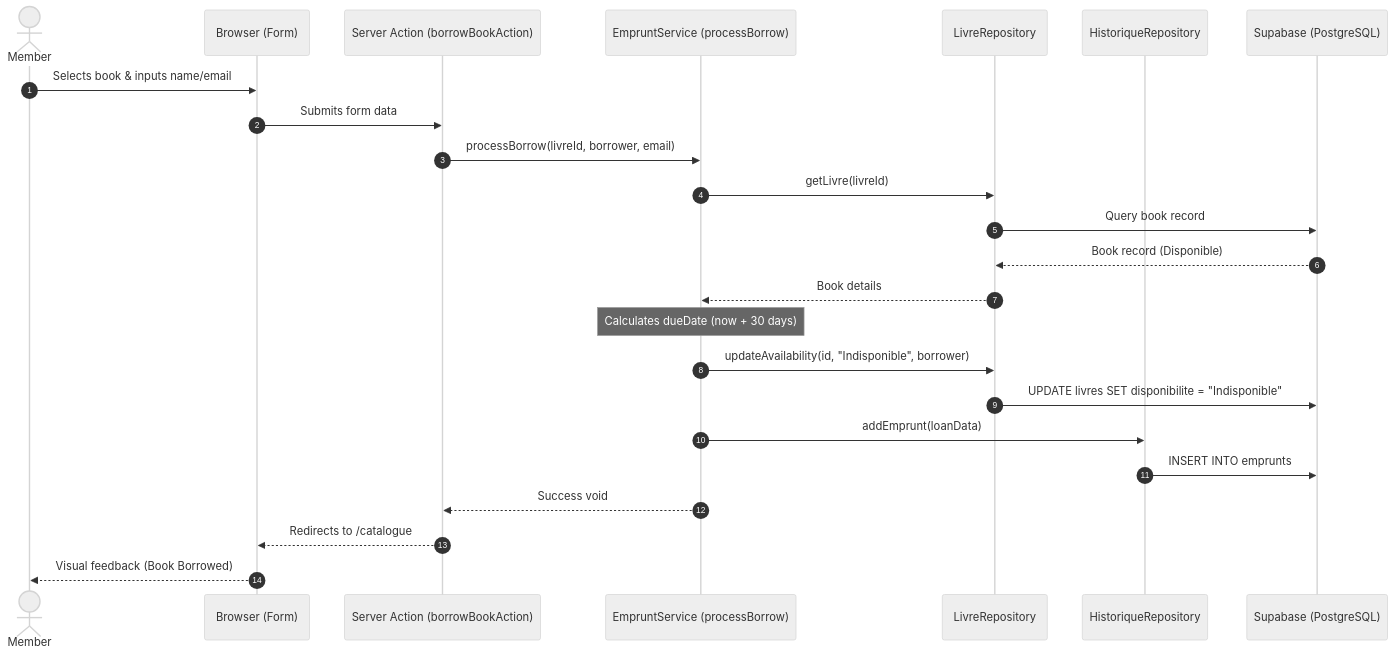
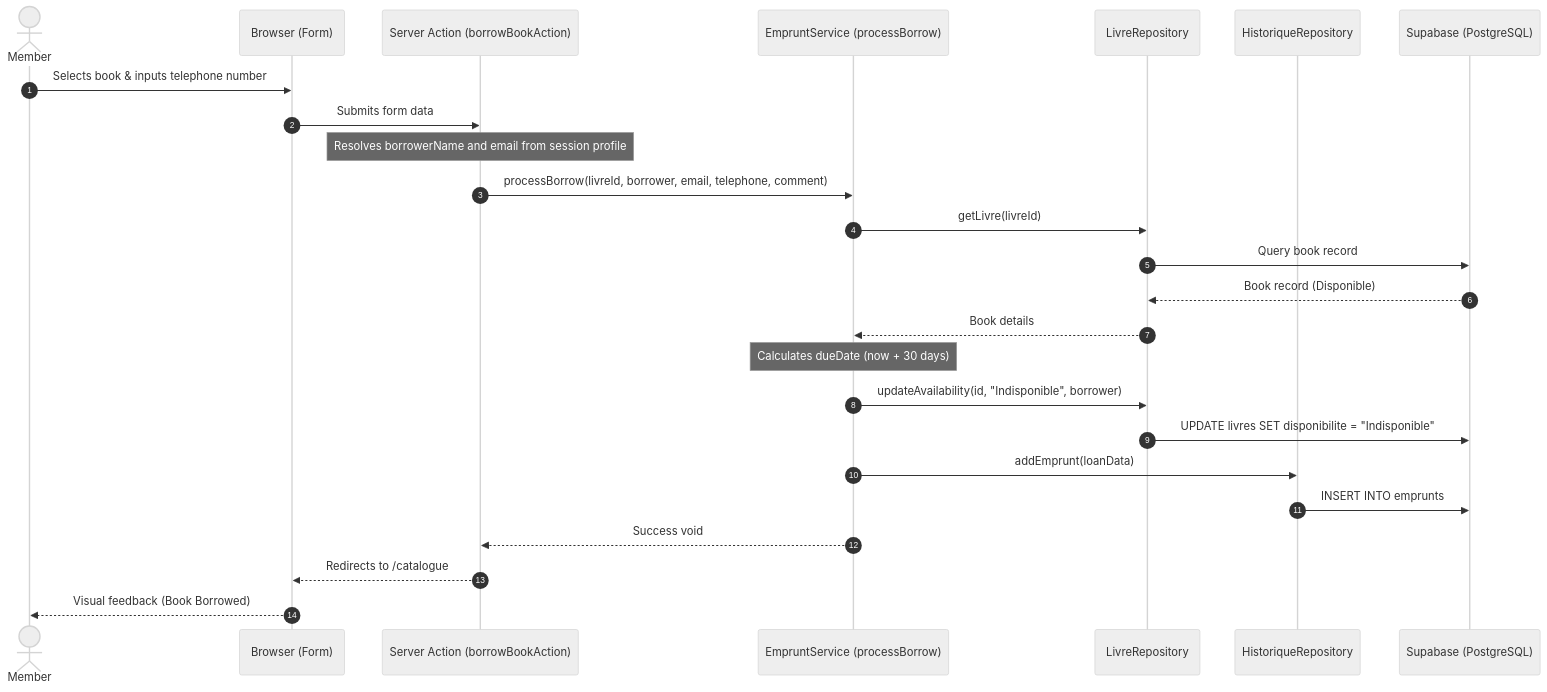
Before and after one commit to MaximeFARRE/club-entrepreneur-library-v2: the first of 2 diagrams in README.md, drawn with Mermaid (neutral theme). The commit also changed other lines of this file, not shown here.

Commit message:
docs: update README.md version badges, Mermaid workflow diagram, and RLS guidelines

````diff
--- a/README.md
+++ b/README.md
@@ -51,27 +51,28 @@
 ```mermaid
 sequenceDiagram
     autonumber
     actor User as Member
     participant UI as Browser (Form)
     participant Act as Server Action (borrowBookAction)
     participant Svc as EmpruntService (processBorrow)
     participant RepoL as LivreRepository
     participant RepoH as HistoriqueRepository
     participant DB as Supabase (PostgreSQL)
 
-    User->>UI: Selects book & inputs name/email
+    User->>UI: Selects book & inputs telephone number
     UI->>Act: Submits form data
-    Act->>Svc: processBorrow(livreId, borrower, email)
+    Note over Act: Resolves borrowerName and email from session profile
+    Act->>Svc: processBorrow(livreId, borrower, email, telephone, comment)
     Svc->>RepoL: getLivre(livreId)
     RepoL->>DB: Query book record
     DB-->>RepoL: Book record (Disponible)
     RepoL-->>Svc: Book details
     Note over Svc: Calculates dueDate (now + 30 days)
     Svc->>RepoL: updateAvailability(id, "Indisponible", borrower)
     RepoL->>DB: UPDATE livres SET disponibilite = "Indisponible"
     Svc->>RepoH: addEmprunt(loanData)
     RepoH->>DB: INSERT INTO emprunts
     Svc-->>Act: Success void
     Act-->>UI: Redirects to /catalogue
     UI-->>User: Visual feedback (Book Borrowed)
 ```
````
